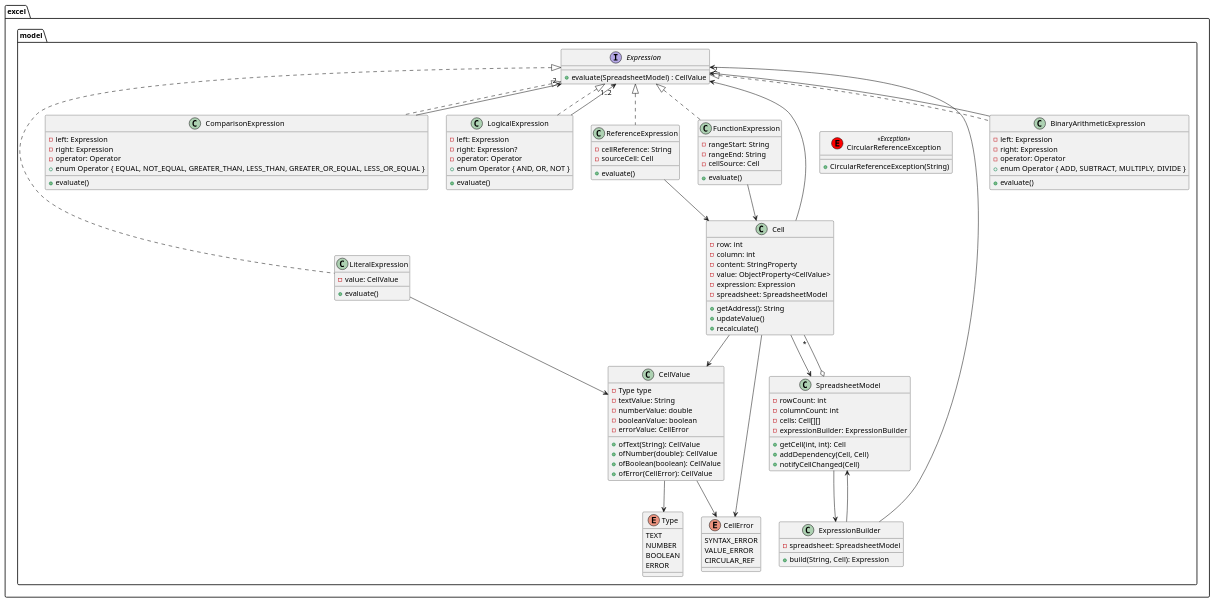
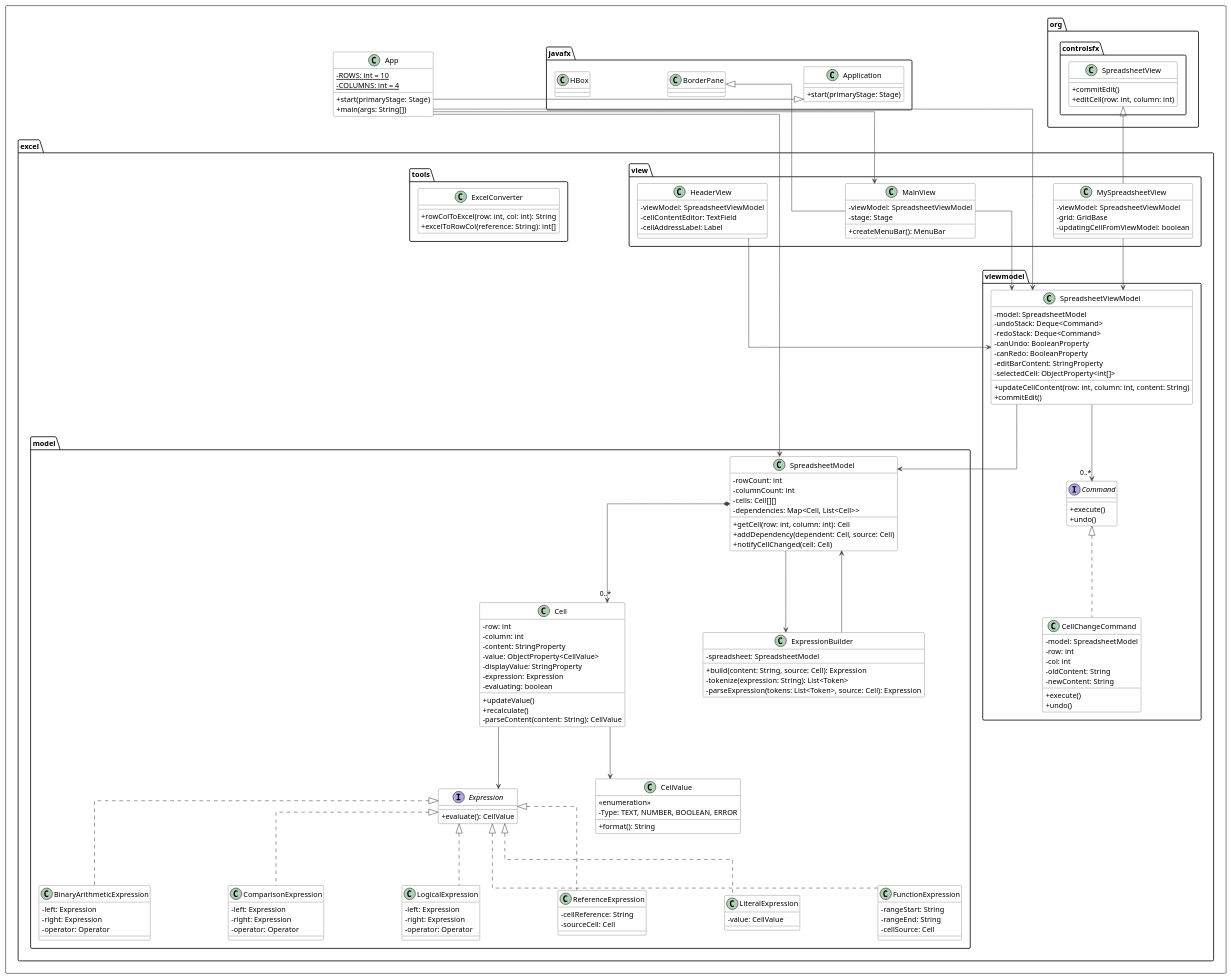
One commit to houssambenkhallat1/anc3-excel changed the diagram in src/main/java/diagrames/SoftwareClassDiagram.puml. Above: the diagram before and after it, drawn with PlantUML. The commit also changed 6 other files, not shown here.

Commit message:
fix(develop): clean up and adding diagrams

```diff
--- a/src/main/java/diagrames/SoftwareClassDiagram.puml
+++ b/src/main/java/diagrames/SoftwareClassDiagram.puml
@@ -1,130 +1,200 @@
 @startuml
-package excel.model {
-  interface Expression {
-    + evaluate(SpreadsheetModel) : CellValue
-  }
 
-  class BinaryArithmeticExpression {
-    - left: Expression
-    - right: Expression
-    - operator: Operator
-    + enum Operator { ADD, SUBTRACT, MULTIPLY, DIVIDE }
-    + evaluate()
-  }
+'!theme plain
+skinparam defaultFontName Consolas
+skinparam linetype ortho
+skinparam classAttributeIconSize 0
+skinparam nodesep 150
+skinparam ranksep 100
+skinparam class {
+    BackgroundColor White
+    ArrowColor #444444
+    BorderColor #444444
+}
 
-  class ComparisonExpression {
-    - left: Expression
-    - right: Expression
-    - operator: Operator
-    + enum Operator { EQUAL, NOT_EQUAL, GREATER_THAN, LESS_THAN, GREATER_OR_EQUAL, LESS_OR_EQUAL }
-    + evaluate()
-  }
+rectangle  {
 
-  class LogicalExpression {
-    - left: Expression
-    - right: Expression?
-    - operator: Operator
-    + enum Operator { AND, OR, NOT }
-    + evaluate()
-  }
+    package org.controlsfx {
+        class SpreadsheetView {
+            + commitEdit()
+            + editCell(row: int, column: int)
+        }
+    }
 
-  class LiteralExpression {
-    - value: CellValue
-    + evaluate()
-  }
+    package javafx {
+        class Application {
+            + start(primaryStage: Stage)
+        }
 
-  class ReferenceExpression {
-    - cellReference: String
-    - sourceCell: Cell
-    + evaluate()
-  }
+        class BorderPane
+        class HBox
+    }
 
-  class FunctionExpression {
-    - rangeStart: String
-    - rangeEnd: String
-    - cellSource: Cell
-    + evaluate()
-  }
+    package excel.model {
+        interface Expression {
+            + evaluate(): CellValue
+        }
 
-  Expression <|.. BinaryArithmeticExpression
-  Expression <|.. ComparisonExpression
-  Expression <|.. LogicalExpression
-  Expression <|.. LiteralExpression
-  Expression <|.. ReferenceExpression
-  Expression <|.. FunctionExpression
+        class SpreadsheetModel {
+            - rowCount: int
+            - columnCount: int
+            - cells: Cell[][]
+            - dependencies: Map<Cell, List<Cell>>
+            + getCell(row: int, column: int): Cell
+            + addDependency(dependent: Cell, source: Cell)
+            + notifyCellChanged(cell: Cell)
+        }
 
-  class Cell {
-    - row: int
-    - column: int
-    - content: StringProperty
-    - value: ObjectProperty<CellValue>
-    - expression: Expression
-    - spreadsheet: SpreadsheetModel
-    + getAddress(): String
-    + updateValue()
-    + recalculate()
-  }
+        class Cell {
+            - row: int
+            - column: int
+            - content: StringProperty
+            - value: ObjectProperty<CellValue>
+            - displayValue: StringProperty
+            - expression: Expression
+            - evaluating: boolean
+            + updateValue()
+            + recalculate()
+            - parseContent(content: String): CellValue
+        }
 
-  class SpreadsheetModel {
-    - rowCount: int
-    - columnCount: int
-    - cells: Cell[][]
-    - expressionBuilder: ExpressionBuilder
-    + getCell(int, int): Cell
-    + addDependency(Cell, Cell)
-    + notifyCellChanged(Cell)
-  }
+        class CellValue {
+            <<enumeration>>
+            - Type: TEXT, NUMBER, BOOLEAN, ERROR
+            + format(): String
+        }
 
-  class ExpressionBuilder {
-    - spreadsheet: SpreadsheetModel
-    + build(String, Cell): Expression
-  }
+        class ExpressionBuilder {
+            - spreadsheet: SpreadsheetModel
+            + build(content: String, source: Cell): Expression
+            - tokenize(expression: String): List<Token>
+            - parseExpression(tokens: List<Token>, source: Cell): Expression
+        }
 
-  class CellValue {
-    - Type type
-    - textValue: String
-    - numberValue: double
-    - booleanValue: boolean
-    - errorValue: CellError
-    + ofText(String): CellValue
-    + ofNumber(double): CellValue
-    + ofBoolean(boolean): CellValue
-    + ofError(CellError): CellValue
-  }
+        class BinaryArithmeticExpression {
+            - left: Expression
+            - right: Expression
+            - operator: Operator
+        }
 
-  enum Type {
-    TEXT
-    NUMBER
-    BOOLEAN
-    ERROR
-  }
+        class ComparisonExpression {
+            - left: Expression
+            - right: Expression
+            - operator: Operator
+        }
 
-  enum CellError {
-    SYNTAX_ERROR
-    VALUE_ERROR
-    CIRCULAR_REF
-  }
+        class LogicalExpression {
+            - left: Expression
+            - right: Expression
+            - operator: Operator
+        }
 
-  class CircularReferenceException << (E, #FF0000) Exception >> {
-    + CircularReferenceException(String)
-  }
+        class ReferenceExpression {
+            - cellReference: String
+            - sourceCell: Cell
+        }
 
-  Cell --> SpreadsheetModel
-  Cell --> CellValue
-  Cell --> Expression
-  Cell --> CellError
-  SpreadsheetModel o-- "*" Cell
-  SpreadsheetModel --> ExpressionBuilder
-  ExpressionBuilder --> SpreadsheetModel
-  ExpressionBuilder --> Expression
-  CellValue --> Type
-  CellValue --> CellError
-  ReferenceExpression --> Cell
-  FunctionExpression --> Cell
-  BinaryArithmeticExpression --> "2" Expression
-  ComparisonExpression --> "2" Expression
-  LogicalExpression --> "1..2" Expression
-  LiteralExpression --> CellValue
-  CircularReferenceException -[hidden]-> Cell
+        class LiteralExpression {
+            - value: CellValue
+        }
+
+        class FunctionExpression {
+            - rangeStart: String
+            - rangeEnd: String
+            - cellSource: Cell
+        }
+
+        Expression <|.. BinaryArithmeticExpression
+        Expression <|.. ComparisonExpression
+        Expression <|.. LogicalExpression
+        Expression <|.. ReferenceExpression
+        Expression <|.. LiteralExpression
+        Expression <|.. FunctionExpression
+
+        SpreadsheetModel *--> "0..*" Cell
+        SpreadsheetModel --> ExpressionBuilder
+        Cell --> CellValue
+        Cell --> Expression
+        ExpressionBuilder --> SpreadsheetModel
+    }
+
+    package excel.view {
+        class MainView {
+            - viewModel: SpreadsheetViewModel
+            - stage: Stage
+            + createMenuBar(): MenuBar
+        }
+
+        class MySpreadsheetView {
+            - viewModel: SpreadsheetViewModel
+            - grid: GridBase
+            - updatingCellFromViewModel: boolean
+        }
+
+        class HeaderView {
+            - viewModel: SpreadsheetViewModel
+            - cellContentEditor: TextField
+            - cellAddressLabel: Label
+        }
+
+        BorderPane <|-- MainView
+        SpreadsheetView <|-- MySpreadsheetView
+    }
+
+    package excel.viewmodel {
+        class SpreadsheetViewModel {
+            - model: SpreadsheetModel
+            - undoStack: Deque<Command>
+            - redoStack: Deque<Command>
+            - canUndo: BooleanProperty
+            - canRedo: BooleanProperty
+            - editBarContent: StringProperty
+            - selectedCell: ObjectProperty<int[]>
+            + updateCellContent(row: int, column: int, content: String)
+            + commitEdit()
+        }
+
+        class CellChangeCommand {
+            - model: SpreadsheetModel
+            - row: int
+            - col: int
+            - oldContent: String
+            - newContent: String
+            + execute()
+            + undo()
+        }
+
+        interface Command {
+            + execute()
+            + undo()
+        }
+
+        Command <|.. CellChangeCommand
+        SpreadsheetViewModel --> "0..*" Command
+    }
+
+    package excel.tools {
+        class ExcelConverter {
+            + rowColToExcel(row: int, col: int): String
+            + excelToRowCol(reference: String): int[]
+        }
+    }
+
+    class App {
+        - ROWS: int = 10 {static}
+        - COLUMNS: int = 4 {static}
+        + start(primaryStage: Stage)
+        + main(args: String[])
+    }
+
+    App -|> javafx.Application
+    App --> excel.model.SpreadsheetModel
+    App --> excel.viewmodel.SpreadsheetViewModel
+    App --> excel.view.MainView
+    SpreadsheetViewModel --> excel.model.SpreadsheetModel
+    excel.view.MainView --> excel.viewmodel.SpreadsheetViewModel
+    excel.view.MySpreadsheetView --> excel.viewmodel.SpreadsheetViewModel
+    excel.view.HeaderView --> excel.viewmodel.SpreadsheetViewModel
 }
+
 @enduml
```
